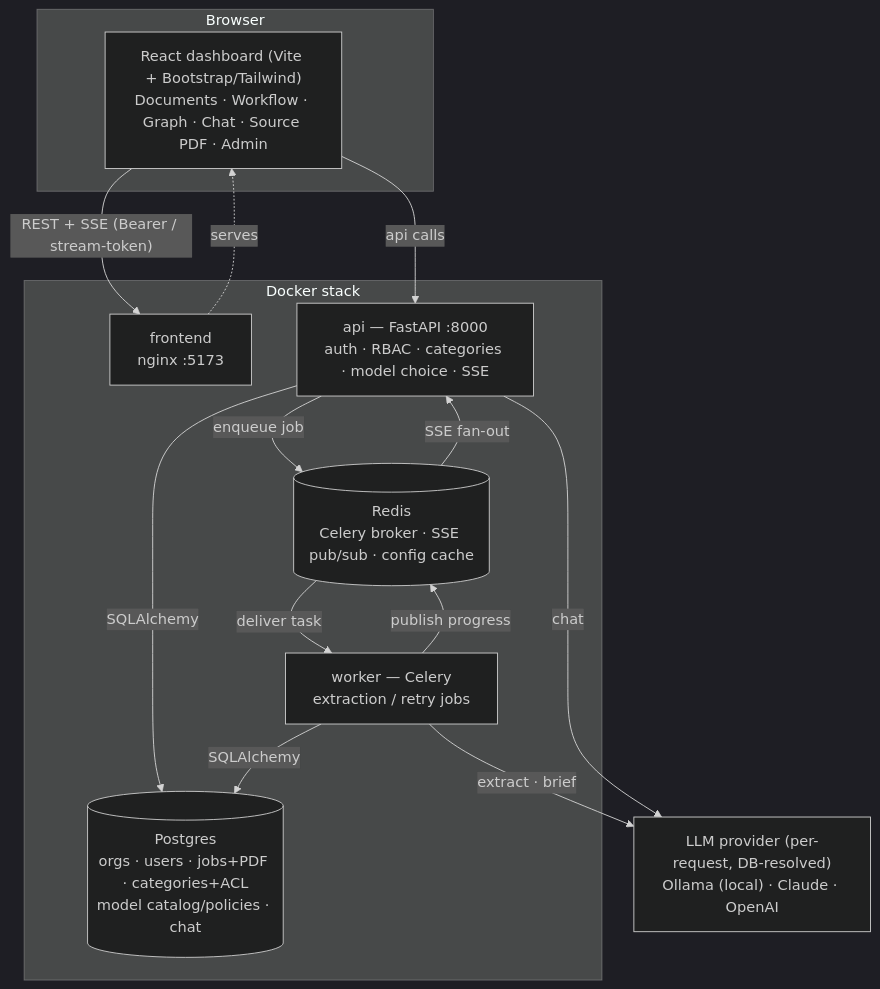
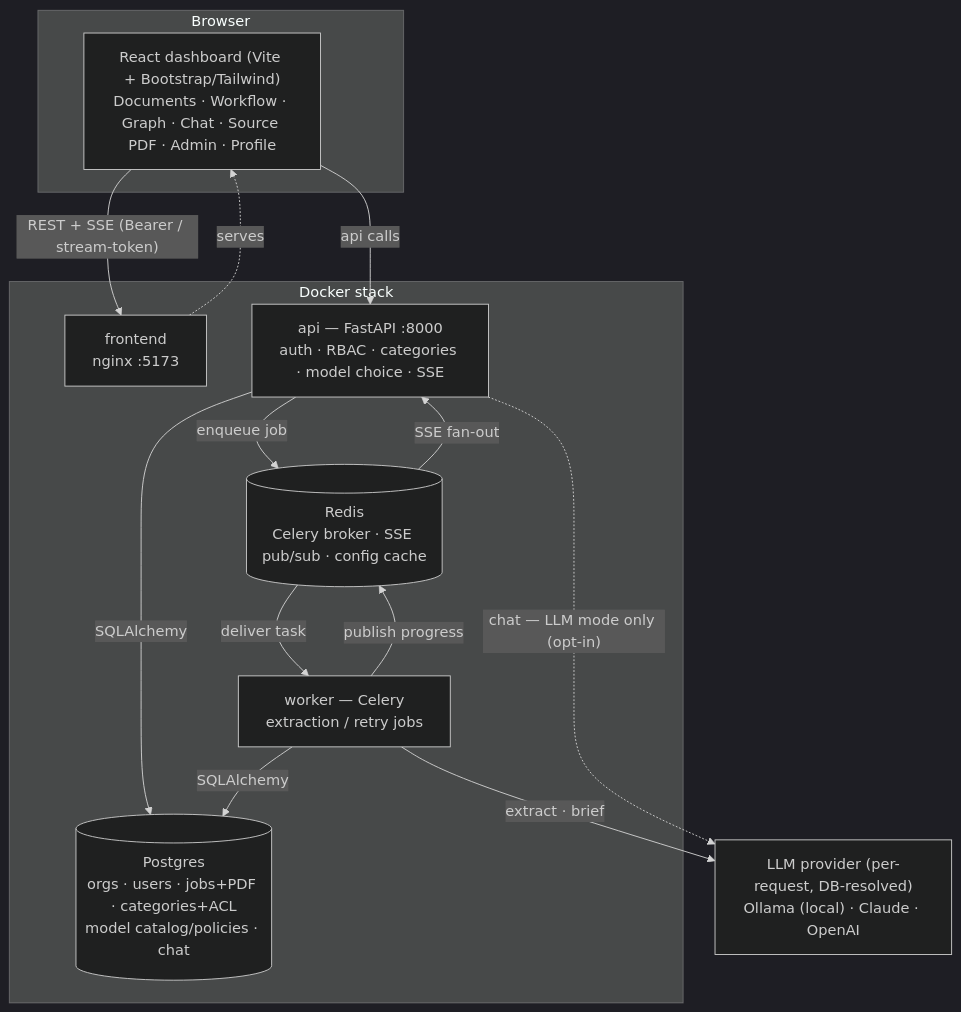
One commit to thuansystemit/knowledge_book changed the first of 3 diagrams in README.md. Above: the diagram before and after it, drawn with Mermaid (dark theme). The commit also changed other lines of this file and 41 other files, not shown here.

````diff
--- a/README.md
+++ b/README.md
@@ -32,28 +34,28 @@
 ```mermaid
 flowchart TB
     subgraph Browser
-      UI["React dashboard (Vite + Bootstrap/Tailwind)<br/>Documents · Workflow · Graph · Chat · Source PDF · Admin"]
+      UI["React dashboard (Vite + Bootstrap/Tailwind)<br/>Documents · Workflow · Graph · Chat · Source PDF · Admin · Profile"]
     end
 
     subgraph Docker["Docker stack"]
       FE["frontend<br/>nginx :5173"]
       API["api — FastAPI :8000<br/>auth · RBAC · categories · model choice · SSE"]
       WK["worker — Celery<br/>extraction / retry jobs"]
       RS[("Redis<br/>Celery broker · SSE pub/sub · config cache")]
       DB[("Postgres<br/>orgs · users · jobs+PDF · categories+ACL<br/>model catalog/policies · chat")]
     end
 
     LLM["LLM provider (per-request, DB-resolved)<br/>Ollama (local) · Claude · OpenAI"]
 
     UI -->|"REST + SSE (Bearer / stream-token)"| FE
     FE -.serves.-> UI
     UI -->|api calls| API
     API -->|SQLAlchemy| DB
     API -->|"enqueue job"| RS
     RS -->|"deliver task"| WK
     WK -->|"publish progress"| RS
     RS -->|"SSE fan-out"| API
     WK -->|SQLAlchemy| DB
     WK -->|extract · brief| LLM
-    API -->|chat| LLM
+    API -.->|"chat — LLM mode only (opt-in)"| LLM
 ```
````
